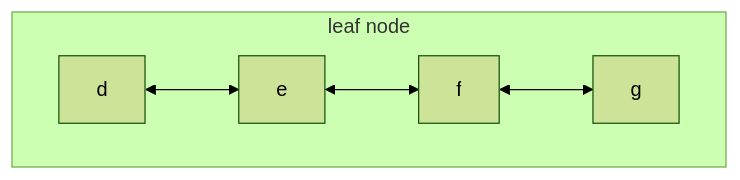
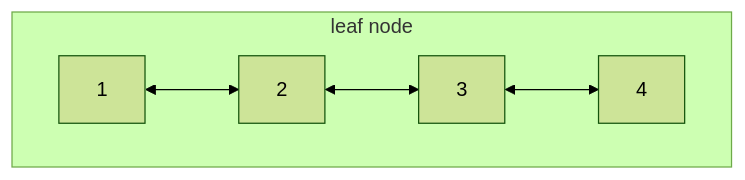
The second of 29 diagrams in memo.md (kunidesuyo/DB_index), drawn with Mermaid (forest theme) before and after one commit.

````diff
--- a/memo.md
+++ b/memo.md
@@ -44,9 +44,9 @@
 ```mermaid
 graph LR;
   subgraph leaf node
     direction LR;
-    d<-->e;
-    e<-->f;
-    f<-->g;
+    a[1]<-->b[2];
+    b<-->c[3];
+    c<-->d[4];
   end
 ```
````
